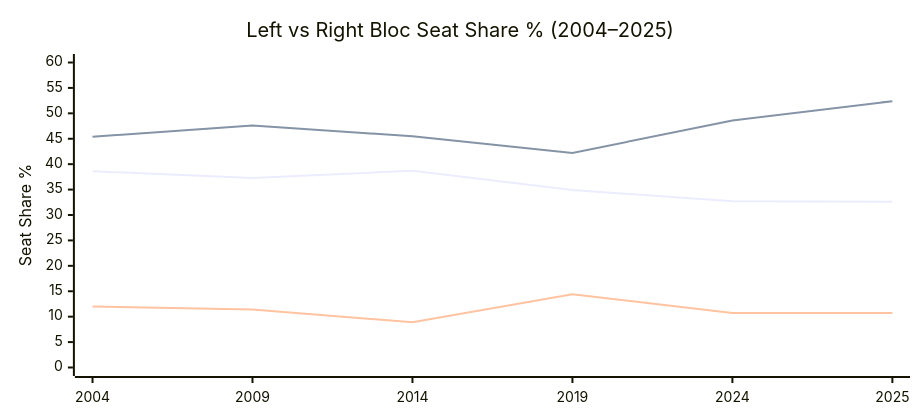
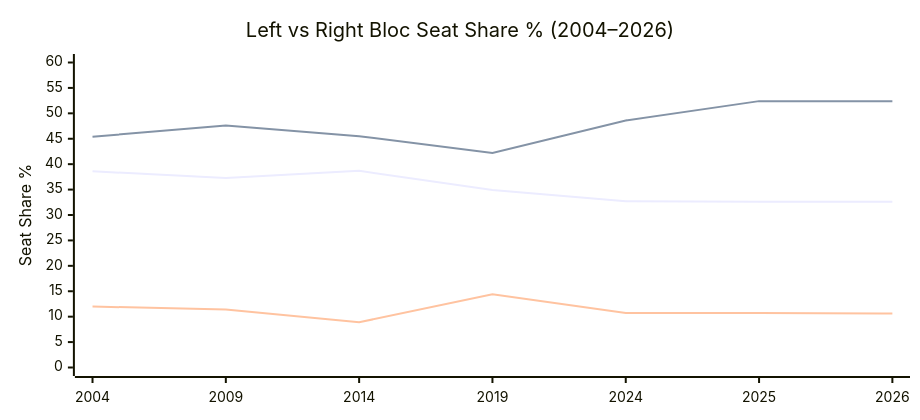
Diagram 14 of 21 in api-markdown/_media/EP_POLITICAL_LANDSCAPE.md (Hack23/European-Parliament-MCP-Server), drawn with Mermaid before and after one commit. The commit also changed other lines of this file and 1437 other files, not shown here.

````diff
--- a/api-markdown/_media/EP_POLITICAL_LANDSCAPE.md
+++ b/api-markdown/_media/EP_POLITICAL_LANDSCAPE.md
@@ -345,15 +347,15 @@
 ```mermaid
 ---
 config:
   xyChart:
     width: 900
     height: 400
 ---
 xychart-beta
-    title "Left vs Right Bloc Seat Share % (2004–2025)"
-    x-axis [2004, 2009, 2014, 2019, 2024, 2025]
+    title "Left vs Right Bloc Seat Share % (2004–2026)"
+    x-axis [2004, 2009, 2014, 2019, 2024, 2025, 2026]
     y-axis "Seat Share %" 0 --> 60
-    line [38.6, 37.3, 38.7, 34.9, 32.7, 32.6]
-    line [45.4, 47.6, 45.5, 42.2, 48.6, 52.4]
-    line [12.0, 11.4, 8.9, 14.4, 10.7, 10.7]
+    line [38.6, 37.3, 38.7, 34.9, 32.7, 32.6, 32.6]
+    line [45.4, 47.6, 45.5, 42.2, 48.6, 52.4, 52.4]
+    line [12.0, 11.4, 8.9, 14.4, 10.7, 10.7, 10.6]
 ```
````
